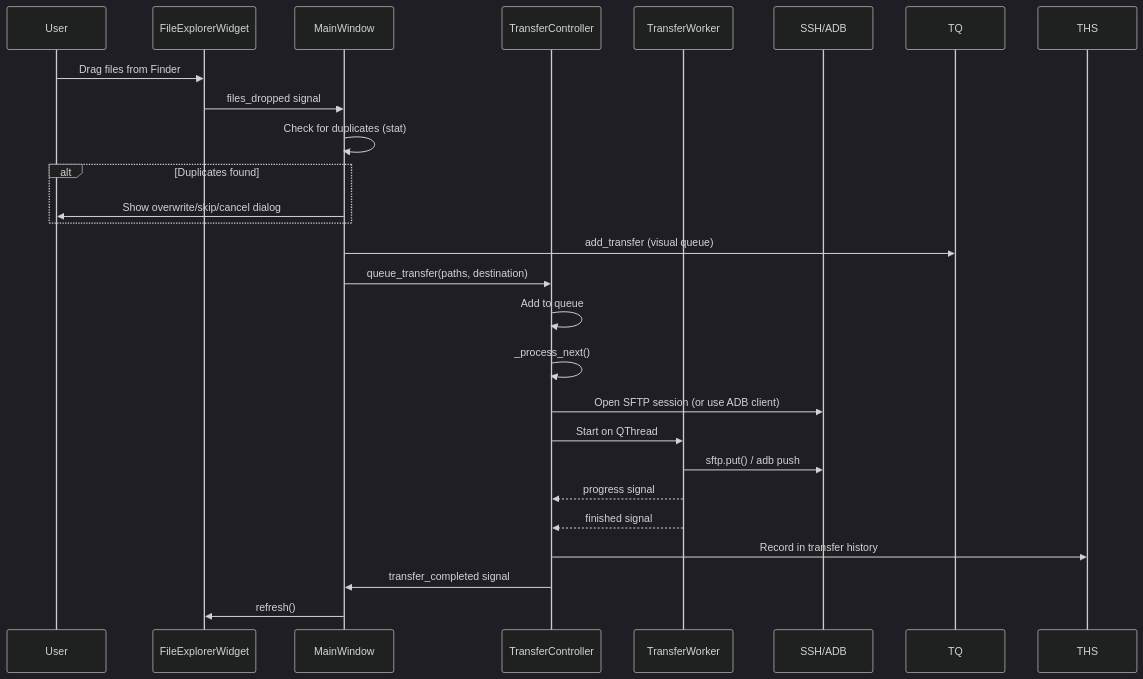
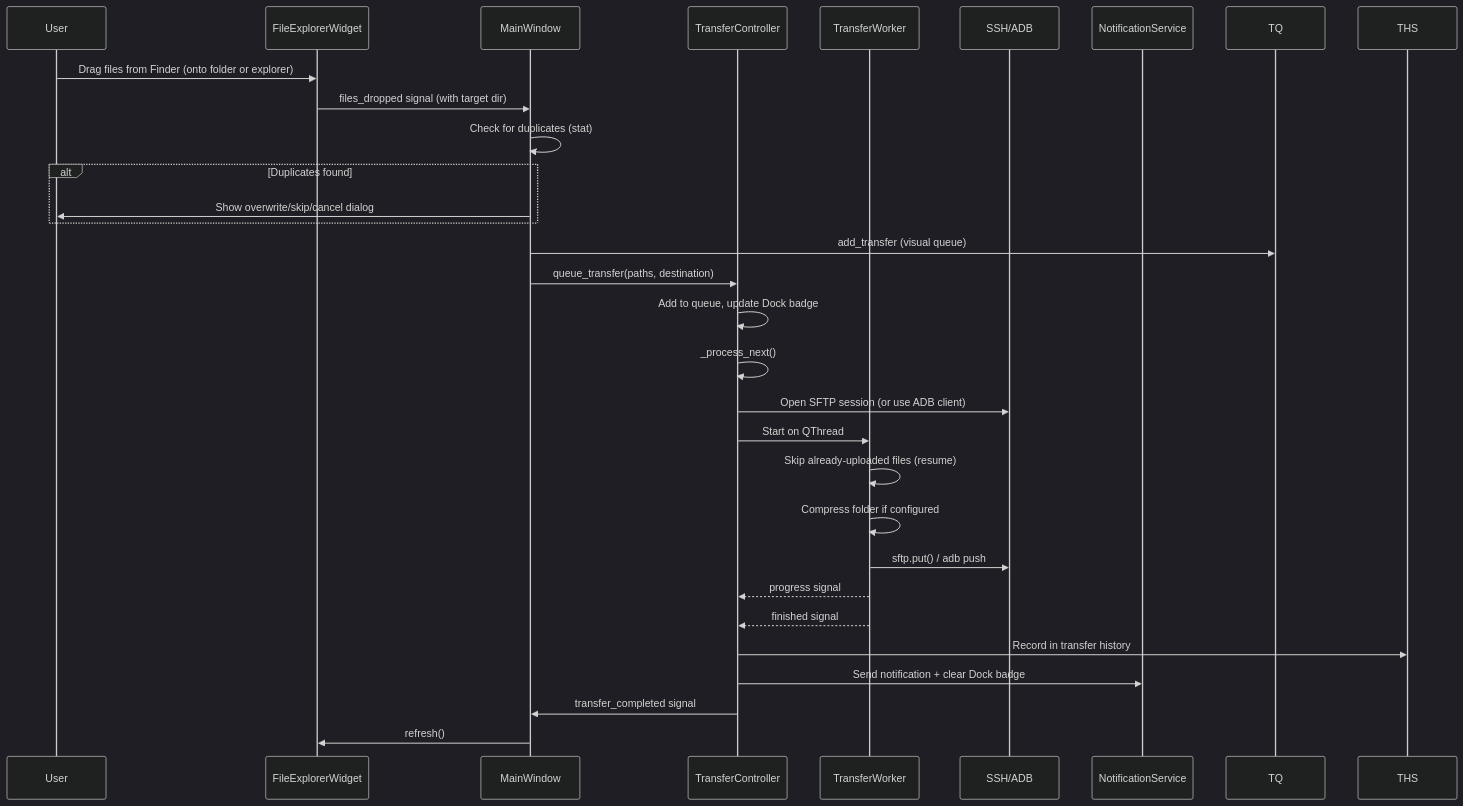
One commit to imlocle/filesling changed the second of 5 diagrams in docs/SYSTEM_DIAGRAM.md. Above: the diagram before and after it, drawn with Mermaid (dark theme). The commit also changed other lines of this file and 6 other files, not shown here.

````diff
--- a/docs/SYSTEM_DIAGRAM.md
+++ b/docs/SYSTEM_DIAGRAM.md
@@ -72,28 +77,32 @@
 ```mermaid
 sequenceDiagram
     participant User
     participant Explorer as FileExplorerWidget
     participant MW as MainWindow
     participant MTC as TransferController
     participant TW as TransferWorker
     participant Remote as SSH/ADB
+    participant NS as NotificationService
 
-    User->>Explorer: Drag files from Finder
-    Explorer->>MW: files_dropped signal
+    User->>Explorer: Drag files from Finder (onto folder or explorer)
+    Explorer->>MW: files_dropped signal (with target dir)
     MW->>MW: Check for duplicates (stat)
     alt Duplicates found
         MW->>User: Show overwrite/skip/cancel dialog
     end
     MW->>TQ: add_transfer (visual queue)
     MW->>MTC: queue_transfer(paths, destination)
-    MTC->>MTC: Add to queue
+    MTC->>MTC: Add to queue, update Dock badge
     MTC->>MTC: _process_next()
     MTC->>Remote: Open SFTP session (or use ADB client)
     MTC->>TW: Start on QThread
+    TW->>TW: Skip already-uploaded files (resume)
+    TW->>TW: Compress folder if configured
     TW->>Remote: sftp.put() / adb push
     TW-->>MTC: progress signal
     TW-->>MTC: finished signal
     MTC->>THS: Record in transfer history
+    MTC->>NS: Send notification + clear Dock badge
     MTC->>MW: transfer_completed signal
     MW->>Explorer: refresh()
 ```
````
